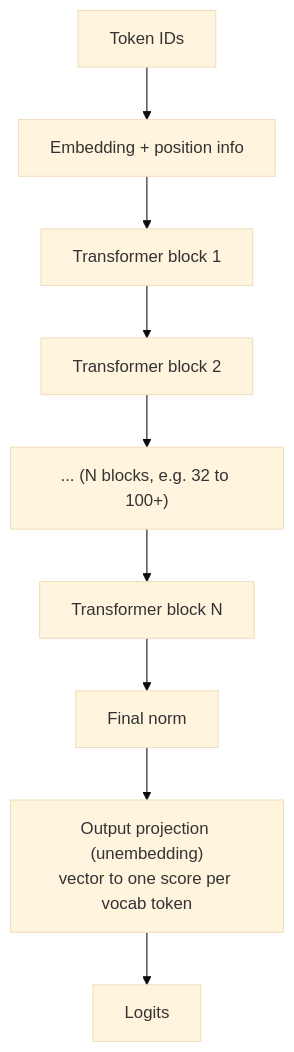
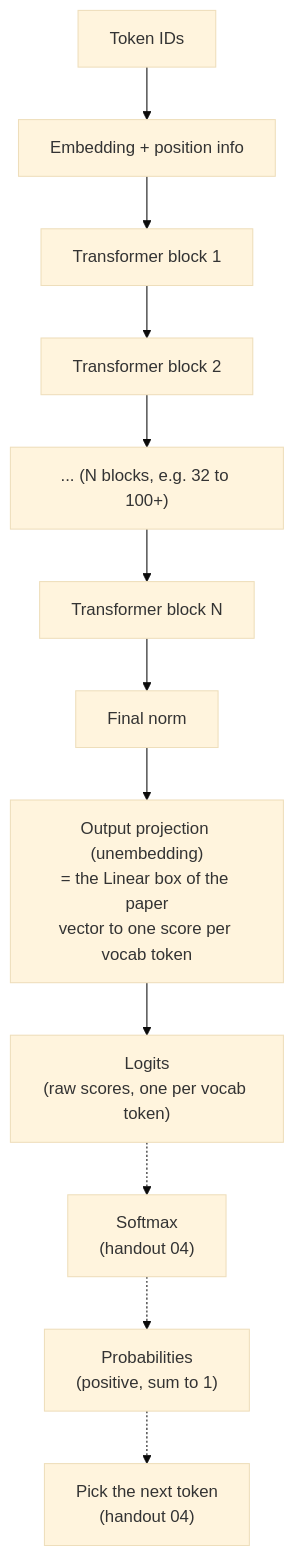
The first of 4 diagrams in docs/03-transformer.md (sztistvan/llm-explained-handouts), drawn with Mermaid (base theme) before and after one commit. The commit also changed other lines of this file and 2 other files, not shown here.

````diff
--- a/docs/03-transformer.md
+++ b/docs/03-transformer.md
@@ -13,11 +13,14 @@
 ```mermaid
 flowchart TB
     IN["Token IDs"] --> EMB["Embedding + position info"]
     EMB --> B1["Transformer block 1"]
     B1 --> B2["Transformer block 2"]
     B2 --> DOTS["... (N blocks, e.g. 32 to 100+)"]
     DOTS --> BN["Transformer block N"]
     BN --> NORM["Final norm"]
-    NORM --> OUT["Output projection (unembedding)<br/>vector to one score per vocab token"]
-    OUT --> LOG["Logits"]
+    NORM --> OUT["Output projection (unembedding)<br/>= the Linear box of the paper<br/>vector to one score per vocab token"]
+    OUT --> LOG["Logits<br/>(raw scores, one per vocab token)"]
+    LOG -.-> SM["Softmax<br/>(handout 04)"]
+    SM -.-> PROB["Probabilities<br/>(positive, sum to 1)"]
+    PROB -.-> PICK["Pick the next token<br/>(handout 04)"]
 ```
````
